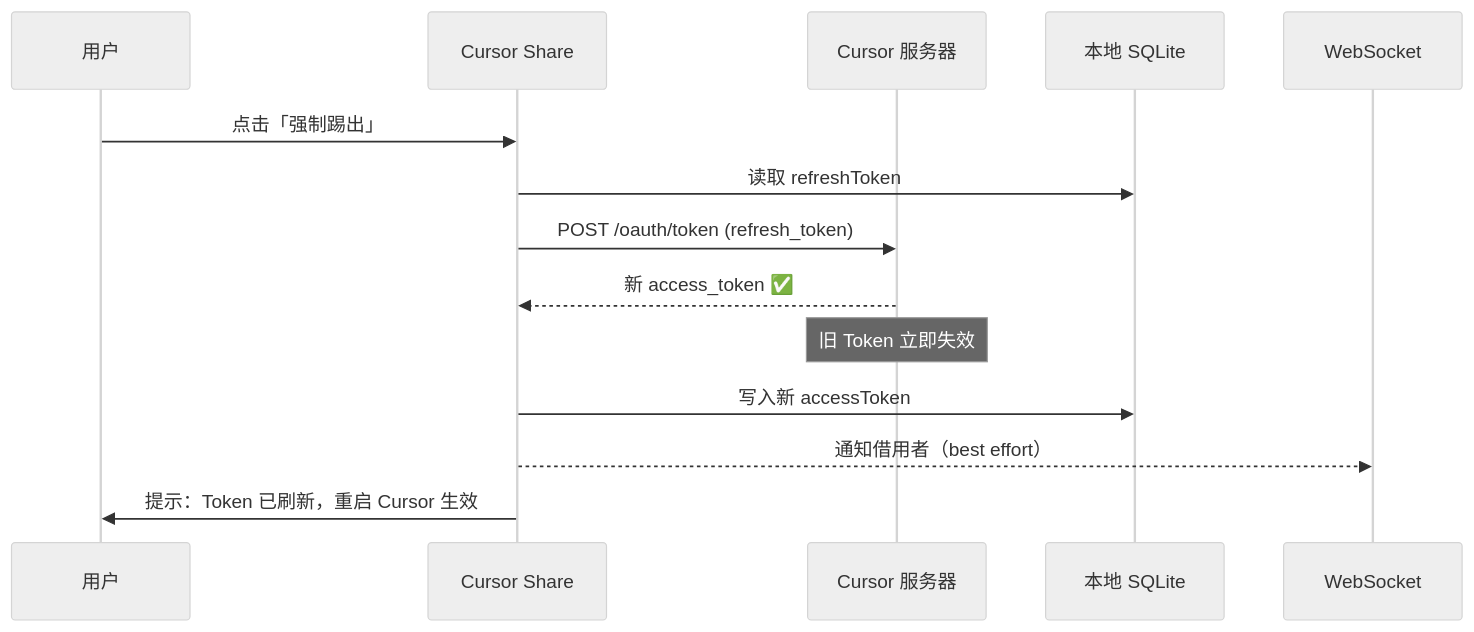
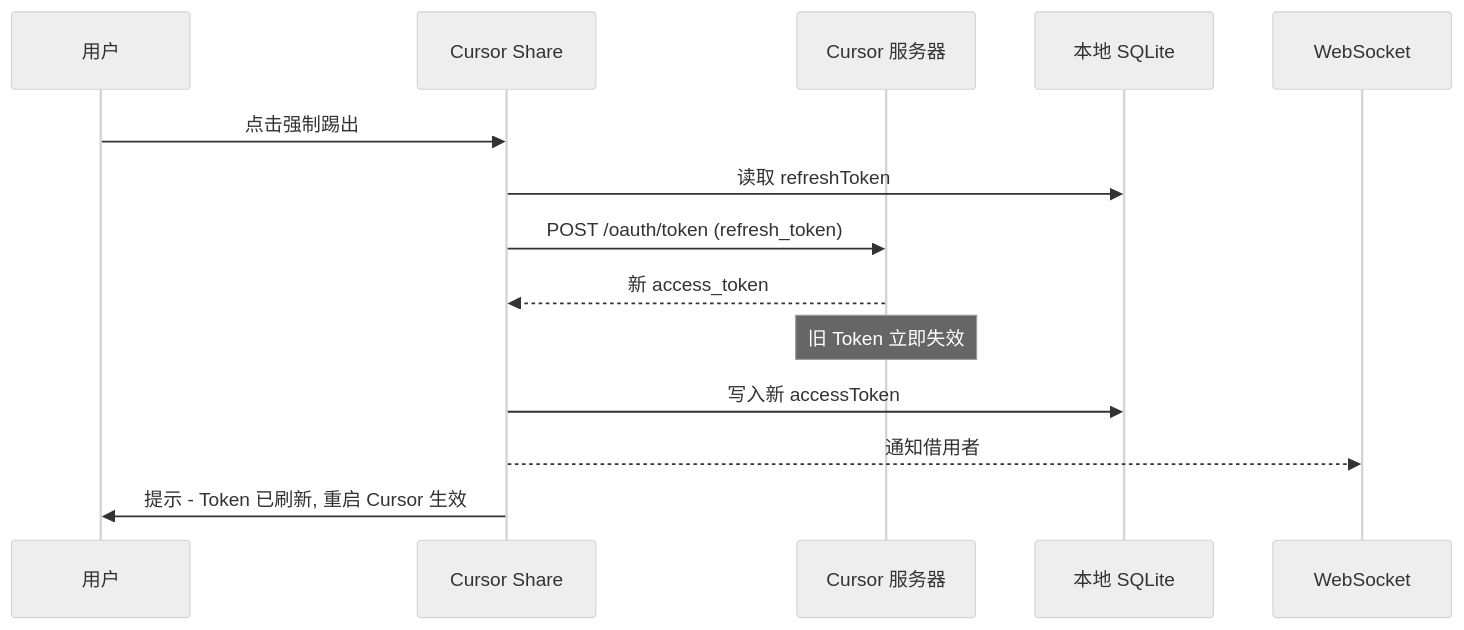
The second of 2 diagrams in README_zh.md (zhanggenlove/cursor-share), drawn with Mermaid (neutral theme) before and after one commit. The commit also changed other lines of this file and 1 other file, not shown here.

First line of the commit message:
fix: fix mermaid syntax errors in README and add macOS damaged app FAQ

````diff
--- a/README_zh.md
+++ b/README_zh.md
@@ -122,17 +122,17 @@
 ```mermaid
 sequenceDiagram
     participant U as 用户
     participant App as Cursor Share
     participant API as Cursor 服务器
     participant DB as 本地 SQLite
     participant WS as WebSocket
 
-    U->>App: 点击「强制踢出」
+    U->>App: 点击强制踢出
     App->>DB: 读取 refreshToken
     App->>API: POST /oauth/token (refresh_token)
-    API-->>App: 新 access_token ✅
+    API-->>App: 新 access_token
     Note over API: 旧 Token 立即失效
     App->>DB: 写入新 accessToken
-    App-->>WS: 通知借用者（best effort）
-    App->>U: 提示：Token 已刷新，重启 Cursor 生效
+    App-->>WS: 通知借用者
+    App->>U: 提示 - Token 已刷新, 重启 Cursor 生效
 ```
````
